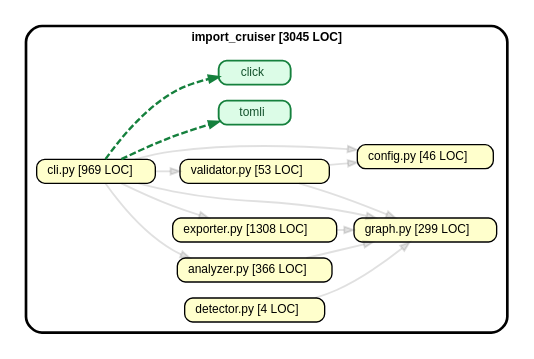
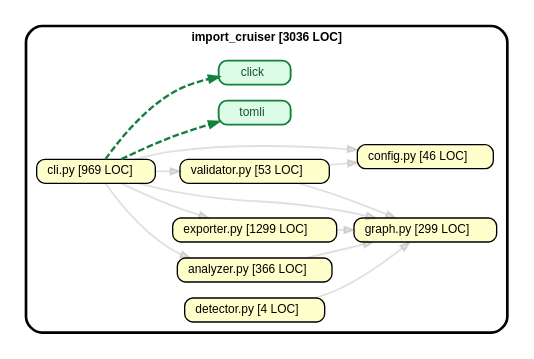
One commit to kevin91nl/import-cruiser changed the diagram in artifacts/self-graph/import-cruiser-self-graph.dot. Above: the diagram before and after it, drawn with Graphviz. The commit also changed 5 other files, not shown here.

```diff
--- a/artifacts/self-graph/import-cruiser-self-graph.dot
+++ b/artifacts/self-graph/import-cruiser-self-graph.dot
@@ -1,28 +1,28 @@
 strict digraph "import_cruiser"{
     rankdir="LR" splines="true" overlap="false" nodesep="0.16" ranksep="0.18" fontname="Helvetica-bold" fontsize="9" style="rounded,bold,filled" fillcolor="#ffffff" compound="true"
     node [shape="box" style="rounded, filled" height="0.2" color="black" fillcolor="#ffffcc" fontcolor="black" fontname="Helvetica" fontsize="9"]
     edge [arrowhead="normal" arrowsize="0.6" penwidth="2.0" color="#0000001f" fontname="Helvetica" fontsize="9"]
 
-    subgraph "cluster_import_cruiser" {label="import_cruiser [3045 LOC]" "import_cruiser.click" [label=<click> tooltip="click" URL="click" shape="box" style="rounded,filled" fillcolor="#DCFCE7" color="#15803D" penwidth=1.4 fontcolor="#14532D" ] }
-    subgraph "cluster_import_cruiser" {label="import_cruiser [3045 LOC]" "import_cruiser.analyzer" [label=<analyzer.py [366 LOC]> tooltip="analyzer.py [366 LOC]" URL="import_cruiser.analyzer" ] }
-    subgraph "cluster_import_cruiser" {label="import_cruiser [3045 LOC]" "import_cruiser.cli" [label=<cli.py [969 LOC]> tooltip="cli.py [969 LOC]" URL="import_cruiser.cli" ] }
-    subgraph "cluster_import_cruiser" {label="import_cruiser [3045 LOC]" "import_cruiser.config" [label=<config.py [46 LOC]> tooltip="config.py [46 LOC]" URL="import_cruiser.config" ] }
-    subgraph "cluster_import_cruiser" {label="import_cruiser [3045 LOC]" "import_cruiser.detector" [label=<detector.py [4 LOC]> tooltip="detector.py [4 LOC]" URL="import_cruiser.detector" ] }
-    subgraph "cluster_import_cruiser" {label="import_cruiser [3045 LOC]" "import_cruiser.exporter" [label=<exporter.py [1308 LOC]> tooltip="exporter.py [1308 LOC]" URL="import_cruiser.exporter" ] }
-    subgraph "cluster_import_cruiser" {label="import_cruiser [3045 LOC]" "import_cruiser.graph" [label=<graph.py [299 LOC]> tooltip="graph.py [299 LOC]" URL="import_cruiser.graph" ] }
-    subgraph "cluster_import_cruiser" {label="import_cruiser [3045 LOC]" "import_cruiser.validator" [label=<validator.py [53 LOC]> tooltip="validator.py [53 LOC]" URL="import_cruiser.validator" ] }
-    subgraph "cluster_import_cruiser" {label="import_cruiser [3045 LOC]" "import_cruiser.tomli" [label=<tomli> tooltip="tomli" URL="tomli" shape="box" style="rounded,filled" fillcolor="#DCFCE7" color="#15803D" penwidth=1.4 fontcolor="#14532D" ] }
+    subgraph "cluster_import_cruiser" {label="import_cruiser [3036 LOC]" "import_cruiser.click" [label=<click> tooltip="click" URL="click" shape="box" style="rounded,filled" fillcolor="#DCFCE7" color="#15803D" penwidth=1.4 fontcolor="#14532D" ] }
+    subgraph "cluster_import_cruiser" {label="import_cruiser [3036 LOC]" "import_cruiser.analyzer" [label=<analyzer.py [366 LOC]> tooltip="analyzer.py [366 LOC]" URL="import_cruiser.analyzer" ] }
+    subgraph "cluster_import_cruiser" {label="import_cruiser [3036 LOC]" "import_cruiser.cli" [label=<cli.py [969 LOC]> tooltip="cli.py [969 LOC]" URL="import_cruiser.cli" ] }
+    subgraph "cluster_import_cruiser" {label="import_cruiser [3036 LOC]" "import_cruiser.config" [label=<config.py [46 LOC]> tooltip="config.py [46 LOC]" URL="import_cruiser.config" ] }
+    subgraph "cluster_import_cruiser" {label="import_cruiser [3036 LOC]" "import_cruiser.detector" [label=<detector.py [4 LOC]> tooltip="detector.py [4 LOC]" URL="import_cruiser.detector" ] }
+    subgraph "cluster_import_cruiser" {label="import_cruiser [3036 LOC]" "import_cruiser.exporter" [label=<exporter.py [1299 LOC]> tooltip="exporter.py [1299 LOC]" URL="import_cruiser.exporter" ] }
+    subgraph "cluster_import_cruiser" {label="import_cruiser [3036 LOC]" "import_cruiser.graph" [label=<graph.py [299 LOC]> tooltip="graph.py [299 LOC]" URL="import_cruiser.graph" ] }
+    subgraph "cluster_import_cruiser" {label="import_cruiser [3036 LOC]" "import_cruiser.validator" [label=<validator.py [53 LOC]> tooltip="validator.py [53 LOC]" URL="import_cruiser.validator" ] }
+    subgraph "cluster_import_cruiser" {label="import_cruiser [3036 LOC]" "import_cruiser.tomli" [label=<tomli> tooltip="tomli" URL="tomli" shape="box" style="rounded,filled" fillcolor="#DCFCE7" color="#15803D" penwidth=1.4 fontcolor="#14532D" ] }
 
     "import_cruiser.analyzer" -> "import_cruiser.graph" [color="#0000001f", style="solid", penwidth=1.4, arrowsize=0.7]
     "import_cruiser.cli" -> "import_cruiser.click" [color="#15803D", style="dashed", penwidth=1.8, arrowsize=0.7]
     "import_cruiser.cli" -> "import_cruiser.analyzer" [color="#0000001f", style="solid", penwidth=1.4, arrowsize=0.7]
     "import_cruiser.cli" -> "import_cruiser.config" [color="#0000001f", style="solid", penwidth=1.4, arrowsize=0.7]
     "import_cruiser.cli" -> "import_cruiser.exporter" [color="#0000001f", style="solid", penwidth=1.4, arrowsize=0.7]
     "import_cruiser.cli" -> "import_cruiser.graph" [color="#0000001f", style="solid", penwidth=1.4, arrowsize=0.7]
     "import_cruiser.cli" -> "import_cruiser.validator" [color="#0000001f", style="solid", penwidth=1.4, arrowsize=0.7]
     "import_cruiser.cli" -> "import_cruiser.tomli" [color="#15803D", style="dashed", penwidth=1.8, arrowsize=0.7]
     "import_cruiser.detector" -> "import_cruiser.graph" [color="#0000001f", style="solid", penwidth=1.4, arrowsize=0.7]
     "import_cruiser.exporter" -> "import_cruiser.graph" [color="#0000001f", style="solid", penwidth=1.4, arrowsize=0.7]
     "import_cruiser.validator" -> "import_cruiser.config" [color="#0000001f", style="solid", penwidth=1.4, arrowsize=0.7]
     "import_cruiser.validator" -> "import_cruiser.graph" [color="#0000001f", style="solid", penwidth=1.4, arrowsize=0.7]
 }
```
